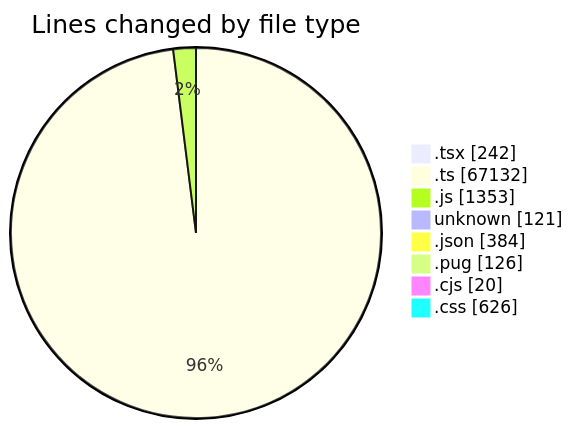
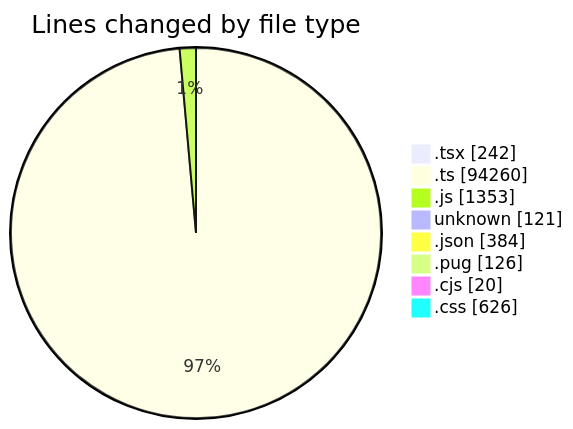
The first of 2 diagrams in 2026-06-01/cda/README.md (momahboobian/code-tracking), drawn with Mermaid before and after one commit. The commit also changed other lines of this file and 1 other file, not shown here.

````diff
--- a/2026-06-01/cda/README.md
+++ b/2026-06-01/cda/README.md
@@ -76,12 +76,12 @@
 ```mermaid
 pie showData
 title Lines changed by file type
 ".tsx" : 242
-".ts" : 67132
+".ts" : 94260
 ".js" : 1353
 "unknown" : 121
 ".json" : 384
 ".pug" : 126
 ".cjs" : 20
 ".css" : 626
 ```
````
